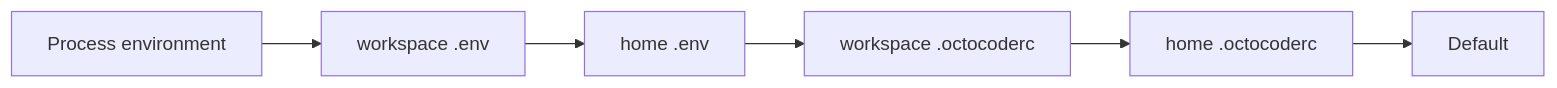
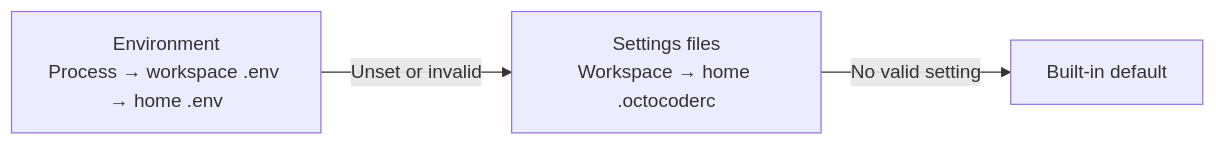
The diagram in docs/CONFIGURATION.md (bgauryy/octocode), drawn with Mermaid before and after one commit. The commit also changed other lines of this file and 818 other files, not shown here.

````diff
--- a/docs/CONFIGURATION.md
+++ b/docs/CONFIGURATION.md
@@ -14,4 +15,9 @@
 ```mermaid
 flowchart LR
-  P["Process environment"] --> WE["workspace .env"] --> HE["home .env"] --> WR["workspace .octocoderc"] --> HR["home .octocoderc"] --> D["Default"]
+    accTitle: Sources of a setting, in priority order
+    E["Environment<br/>Process → workspace .env → home .env"]
+    R["Settings files<br/>Workspace → home .octocoderc"]
+    D["Built-in default"]
+    E -->|Unset or invalid| R
+    R -->|No valid setting| D
 ```
````
